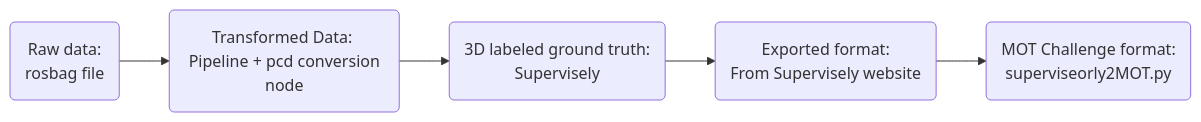
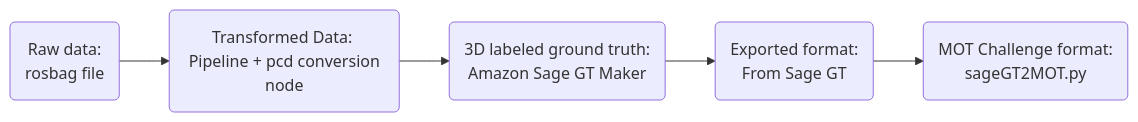
One commit to adrian-soch/cam_lidar_framework changed the first of 2 diagrams in Metrics/README.md. Above: the diagram before and after it, drawn with Mermaid. The commit also changed other lines of this file and 1 other file, not shown here.

````diff
--- a/Metrics/README.md
+++ b/Metrics/README.md
@@ -11,7 +11,7 @@
 ```mermaid
 graph LR;
     RawData(Raw data: \n rosbag file)-->Trans(Transformed Data: \n Pipeline + pcd conversion node);
-    Trans-->GroundTruth(3D labeled ground truth: \n Supervisely);
-    GroundTruth-->ExportedFormat(Exported format: \n From Supervisely website);
-    ExportedFormat-->MOTChallenge(MOT Challenge format: \n superviseorly2MOT.py);
+    Trans-->GroundTruth(3D labeled ground truth: \n Amazon Sage GT Maker);
+    GroundTruth-->ExportedFormat(Exported format: \n From Sage GT);
+    ExportedFormat-->MOTChallenge(MOT Challenge format: \n sageGT2MOT.py);
 ```
````
